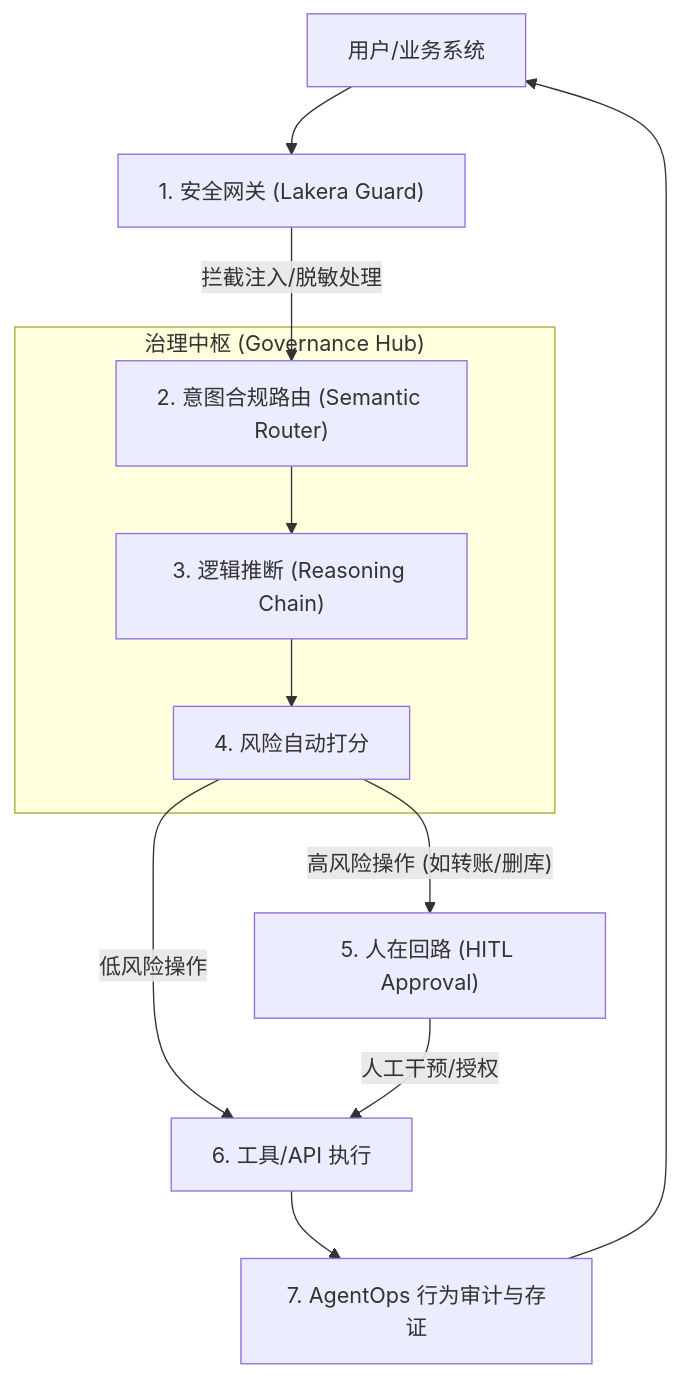
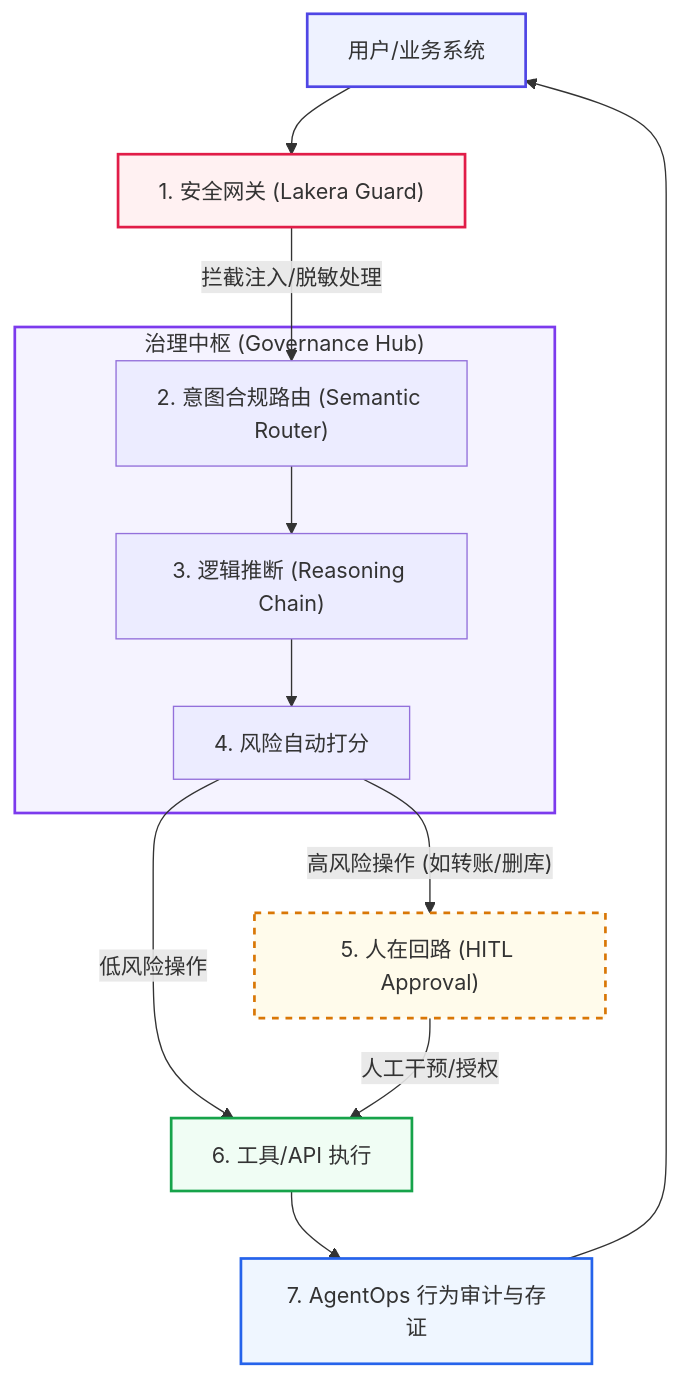
Diagram 15 of 17 in doc/AI_Knowledge_Roadmap.md (wangchong2023/lang-chain-graph), drawn with Mermaid before and after one commit. The commit also changed other lines of this file, not shown here.

Commit message:
docs: update AI knowledge roadmap with new learning resources and milestones

````diff
--- a/doc/AI_Knowledge_Roadmap.md
+++ b/doc/AI_Knowledge_Roadmap.md
@@ -1040,17 +1123,25 @@
 ```mermaid
 graph TD
     User["用户/业务系统"] --> EntryGate["1. 安全网关 (Lakera Guard)"]
     EntryGate -- "拦截注入/脱敏处理" --> Router["2. 意图合规路由 (Semantic Router)"]
     
-    subgraph "治理中枢 (Governance Hub)"
+    subgraph GovHub ["治理中枢 (Governance Hub)"]
         Router --> Reasoning["3. 逻辑推断 (Reasoning Chain)"]
         Reasoning --> RiskScoring["4. 风险自动打分"]
     end
     
     RiskScoring -- "高风险操作 (如转账/删库)" --> HITL["5. 人在回路 (HITL Approval)"]
     RiskScoring -- "低风险操作" --> Execute["6. 工具/API 执行"]
     
     HITL -- "人工干预/授权" --> Execute
     Execute --> Audit["7. AgentOps 行为审计与存证"]
     Audit --> User
+
+    %% 样式美化
+    style User fill:#eef2ff,stroke:#4f46e5,stroke-width:2px
+    style EntryGate fill:#fff1f2,stroke:#e11d48,stroke-width:2px
+    style HITL fill:#fffbeb,stroke:#d97706,stroke-width:2px,stroke-dasharray: 5 5
+    style Execute fill:#f0fdf4,stroke:#16a34a,stroke-width:2px
+    style Audit fill:#eff6ff,stroke:#2563eb,stroke-width:2px
+    style GovHub fill:#f5f3ff,stroke:#7c3aed,stroke-width:2px
 ```
````
